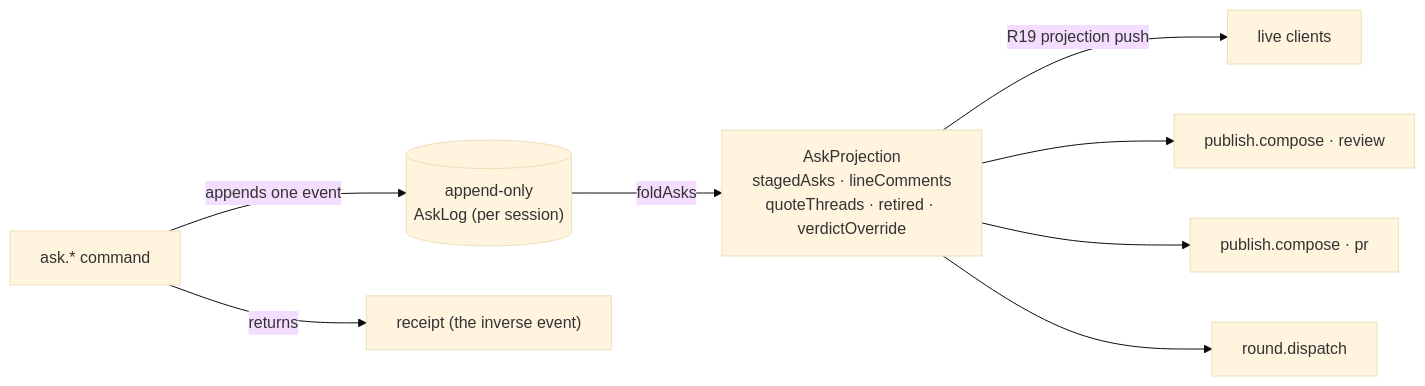
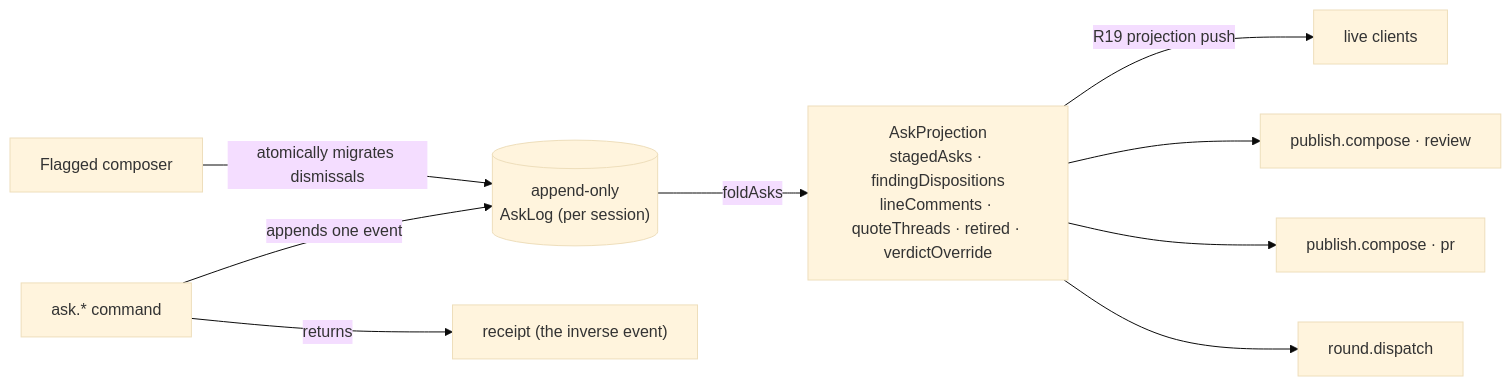
Before and after one commit to rbutera/Rennet: the diagram in docs/developing/concepts/handoff-and-exits.md, drawn with Mermaid (base theme). The commit also changed other lines of this file and 106 other files, not shown here.

````diff
--- a/docs/developing/concepts/handoff-and-exits.md
+++ b/docs/developing/concepts/handoff-and-exits.md
@@ -75,10 +75,11 @@
 ```mermaid
 flowchart LR
   cmd["ask.* command"] -->|appends one event| log[("append-only<br/>AskLog (per session)")]
-  log -->|foldAsks| proj["AskProjection<br/>stagedAsks · lineComments<br/>quoteThreads · retired · verdictOverride"]
+  flagged["Flagged composer"] -->|atomically migrates dismissals| log
+  log -->|foldAsks| proj["AskProjection<br/>stagedAsks · findingDispositions<br/>lineComments · quoteThreads · retired · verdictOverride"]
   cmd -->|returns| receipt["receipt (the inverse event)"]
   proj -->|R19 projection push| client["live clients"]
   proj --> review["publish.compose · review"]
   proj --> pr["publish.compose · pr"]
   proj --> round["round.dispatch"]
 ```
````
